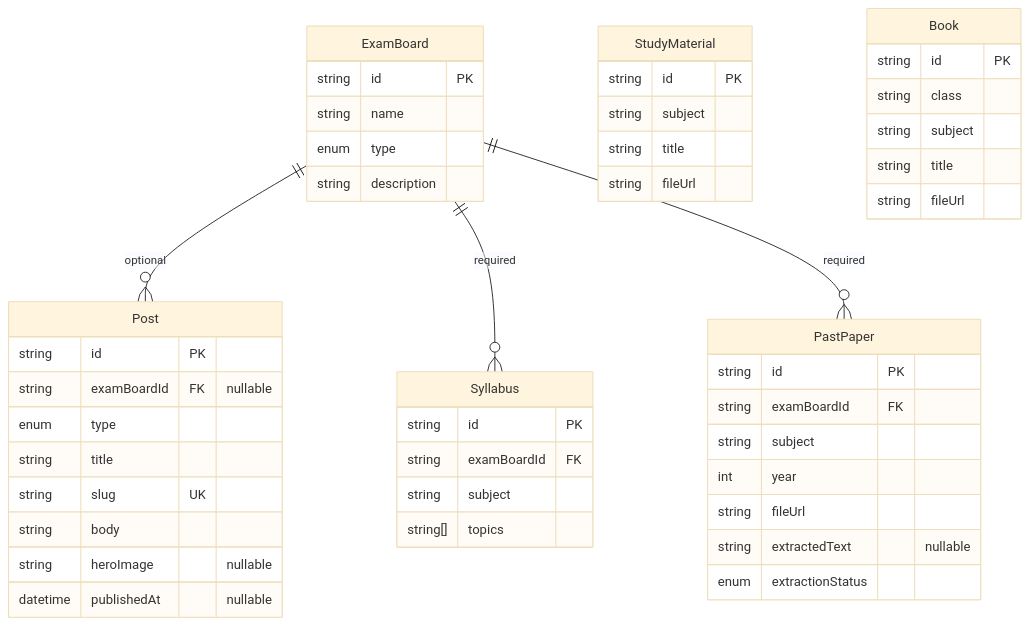
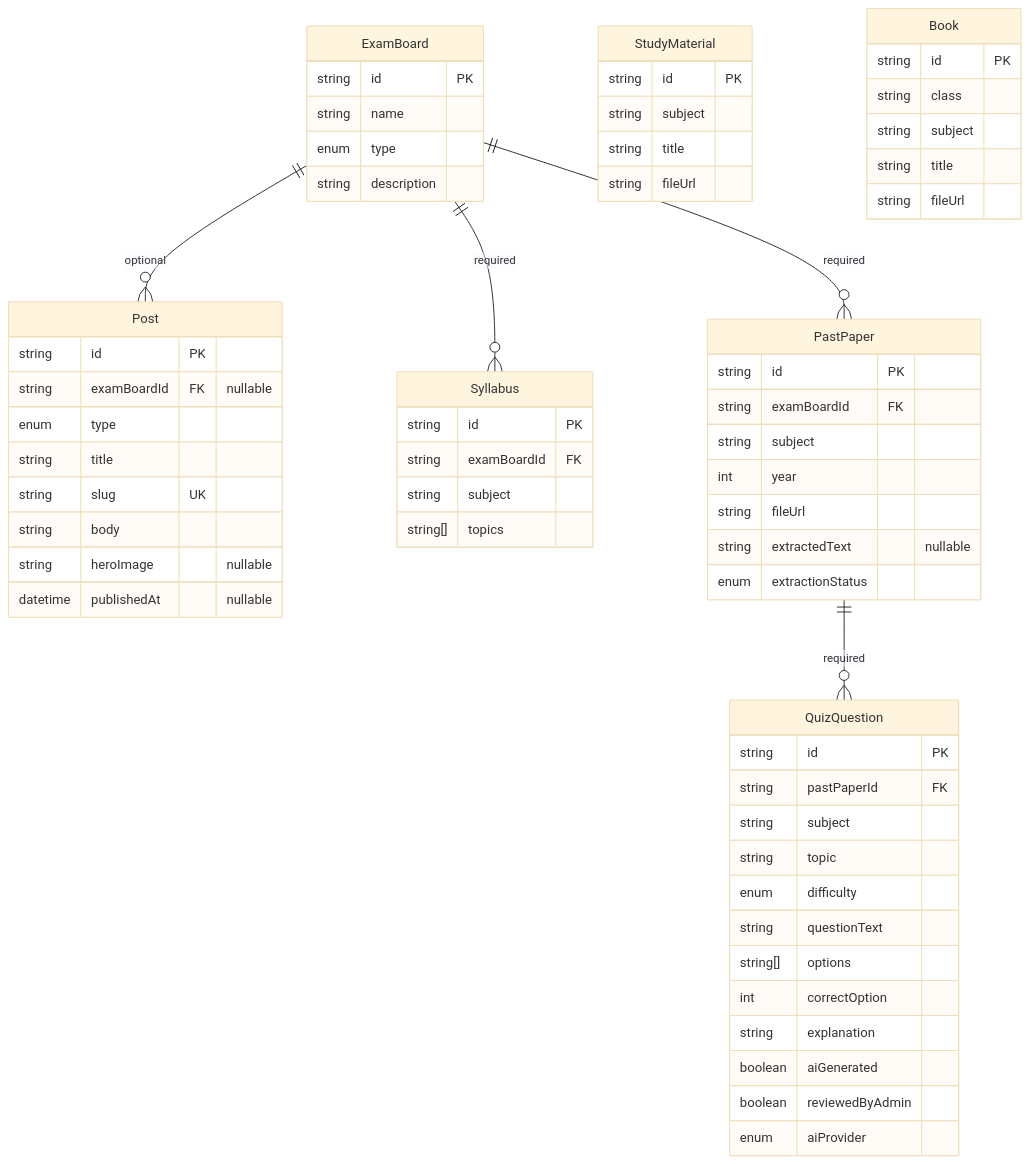
One commit to Ashish-Bhatia/TAPS changed the diagram in docs/architecture/data-model.md. Above: the diagram before and after it, drawn with Mermaid (base theme). The commit also changed other lines of this file and 19 other files, not shown here.

````diff
--- a/docs/architecture/data-model.md
+++ b/docs/architecture/data-model.md
@@ -56,51 +67,66 @@
 ```mermaid
 erDiagram
     ExamBoard ||--o{ Post : "optional"
     ExamBoard ||--o{ Syllabus : "required"
     ExamBoard ||--o{ PastPaper : "required"
+    PastPaper ||--o{ QuizQuestion : "required"
 
     ExamBoard {
         string id PK
         string name
         enum type
         string description
     }
     Post {
         string id PK
         string examBoardId FK "nullable"
         enum type
         string title
         string slug UK
         string body
         string heroImage "nullable"
         datetime publishedAt "nullable"
     }
     Syllabus {
         string id PK
         string examBoardId FK
         string subject
         string[] topics
     }
     PastPaper {
         string id PK
         string examBoardId FK
         string subject
         int year
         string fileUrl
         string extractedText "nullable"
         enum extractionStatus
     }
+    QuizQuestion {
+        string id PK
+        string pastPaperId FK
+        string subject
+        string topic
+        enum difficulty
+        string questionText
+        string[] options
+        int correctOption
+        string explanation
+        boolean aiGenerated
+        boolean reviewedByAdmin
+        enum aiProvider
+    }
     StudyMaterial {
         string id PK
         string subject
         string title
         string fileUrl
     }
     Book {
         string id PK
         string class
         string subject
         string title
         string fileUrl
     }
 ```
````
